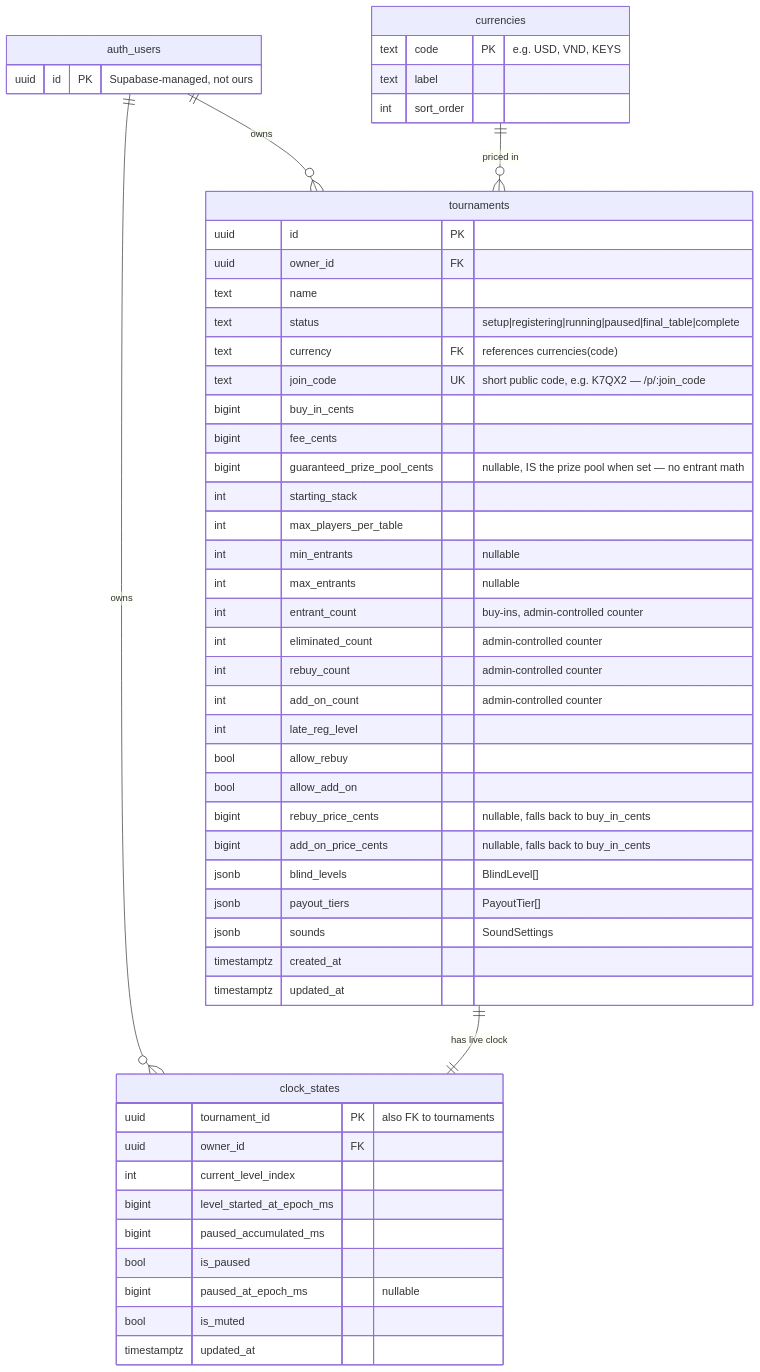
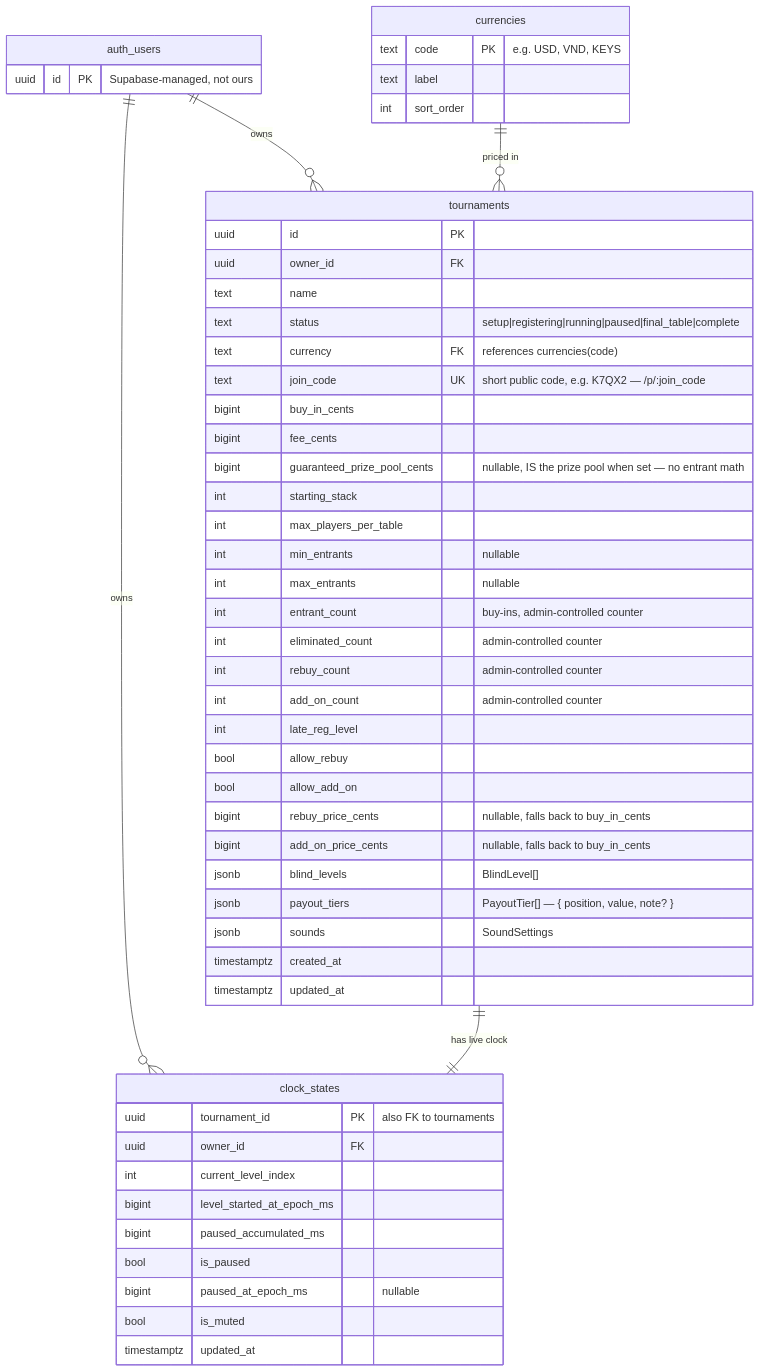
One commit to gaubacuc56/poker-clock changed the diagram in supabase/SCHEMA.md. Above: the diagram before and after it, drawn with Mermaid. The commit also changed 21 other files, not shown here.

````diff
--- a/supabase/SCHEMA.md
+++ b/supabase/SCHEMA.md
@@ -5,59 +5,59 @@
 ```mermaid
 erDiagram
     auth_users ||--o{ tournaments  : owns
     auth_users ||--o{ clock_states : owns
     tournaments ||--|| clock_states : "has live clock"
     currencies  ||--o{ tournaments : "priced in"
 
     auth_users {
         uuid id PK "Supabase-managed, not ours"
     }
 
     currencies {
         text code PK "e.g. USD, VND, KEYS"
         text label
         int sort_order
     }
 
     tournaments {
         uuid id PK
         uuid owner_id FK
         text name
         text status "setup|registering|running|paused|final_table|complete"
         text currency FK "references currencies(code)"
         text join_code UK "short public code, e.g. K7QX2 — /p/:join_code"
         bigint buy_in_cents
         bigint fee_cents
         bigint guaranteed_prize_pool_cents "nullable, IS the prize pool when set — no entrant math"
         int starting_stack
         int max_players_per_table
         int min_entrants "nullable"
         int max_entrants "nullable"
         int entrant_count "buy-ins, admin-controlled counter"
         int eliminated_count "admin-controlled counter"
         int rebuy_count "admin-controlled counter"
         int add_on_count "admin-controlled counter"
         int late_reg_level
         bool allow_rebuy
         bool allow_add_on
         bigint rebuy_price_cents "nullable, falls back to buy_in_cents"
         bigint add_on_price_cents "nullable, falls back to buy_in_cents"
         jsonb blind_levels "BlindLevel[]"
-        jsonb payout_tiers "PayoutTier[]"
+        jsonb payout_tiers "PayoutTier[] — { position, value, note? }"
         jsonb sounds "SoundSettings"
         timestamptz created_at
         timestamptz updated_at
     }
 
     clock_states {
         uuid tournament_id PK "also FK to tournaments"
         uuid owner_id FK
         int current_level_index
         bigint level_started_at_epoch_ms
         bigint paused_accumulated_ms
         bool is_paused
         bigint paused_at_epoch_ms "nullable"
         bool is_muted
         timestamptz updated_at
     }
 ```
````
